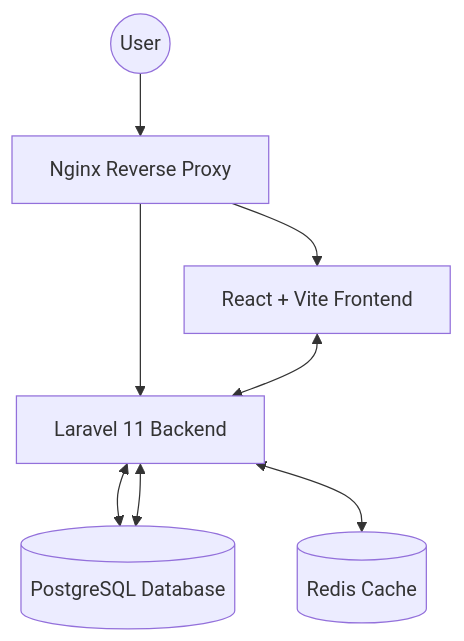
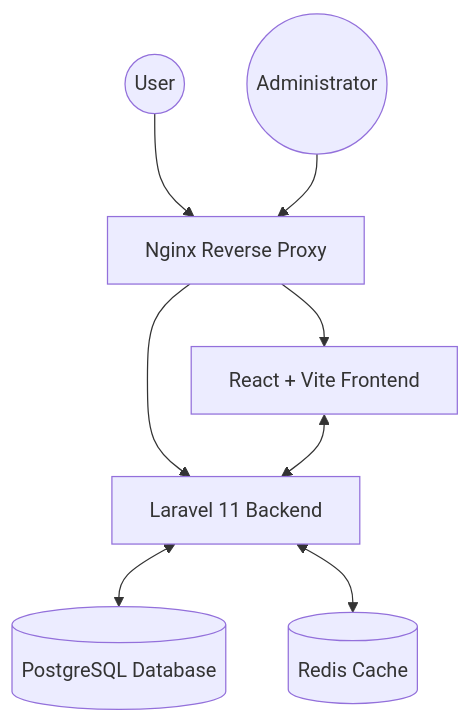
One commit to binssente-crypto/CND-Upraze changed the first of 2 diagrams in README.md. Above: the diagram before and after it, drawn with Mermaid. The commit also changed other lines of this file, not shown here.

Commit message:
Documentation Modernization: Integrated Administrative Command Center flow and 3D Studio specifications into README

````diff
--- a/README.md
+++ b/README.md
@@ -9,17 +9,18 @@
 ```mermaid
 graph TD
     User((User))
+    Admin((Administrator))
     Nginx[Nginx Reverse Proxy]
     React[React + Vite Frontend]
     Laravel[Laravel 11 Backend]
     Postgres[(PostgreSQL Database)]
     Redis[(Redis Cache)]
 
     User --> Nginx
+    Admin --> Nginx
     Nginx --> React
     Nginx --> Laravel
     React <--> Laravel
     Laravel <--> Postgres
-    Laravel <--> Postgres
     Laravel <--> Redis
 ```
````
